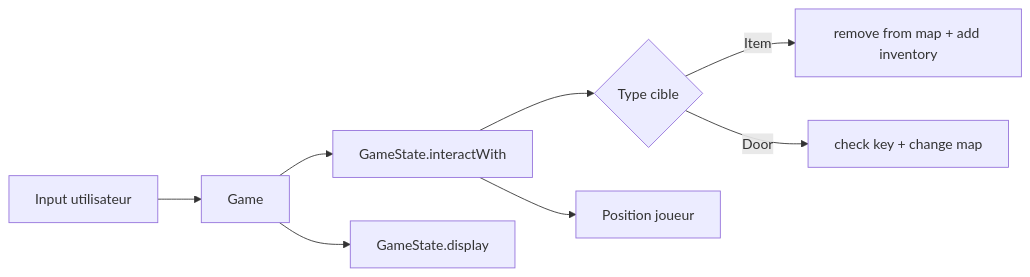
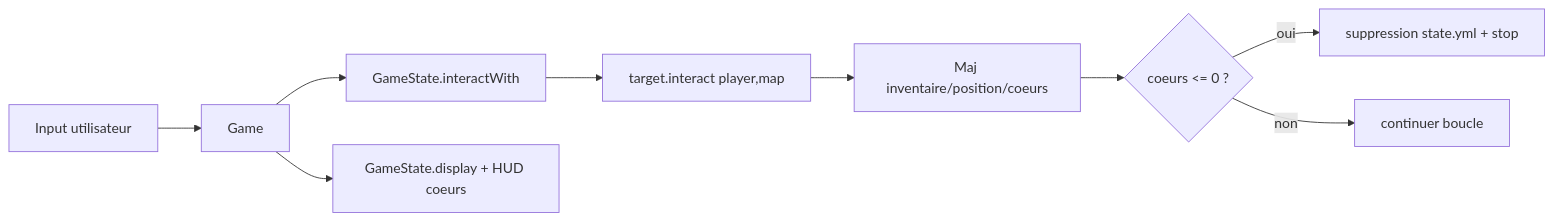
One commit to IlianCrague/tp-acol changed the diagram in documents_a_rendre/conception.md. Above: the diagram before and after it, drawn with Mermaid. The commit also changed other lines of this file and 17 other files, not shown here.

````diff
--- a/documents_a_rendre/conception.md
+++ b/documents_a_rendre/conception.md
@@ -33,10 +38,11 @@
 ```mermaid
 flowchart LR
     A[Input utilisateur] --> B[Game]
     B --> C[GameState.interactWith]
-    C --> D{Type cible}
-    D -->|Item| E[remove from map + add inventory]
-    D -->|Door| F[check key + change map]
-    C --> G[Position joueur]
-    B --> H[GameState.display]
+    C --> D[target.interact player,map]
+    D --> E[Maj inventaire/position/coeurs]
+    E --> F{coeurs <= 0 ?}
+    F -->|oui| G[suppression state.yml + stop]
+    F -->|non| H[continuer boucle]
+    B --> I[GameState.display + HUD coeurs]
 ```
````
